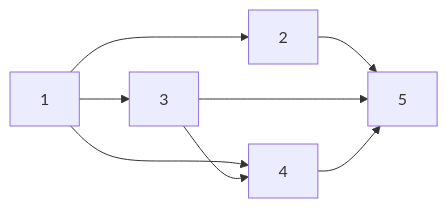
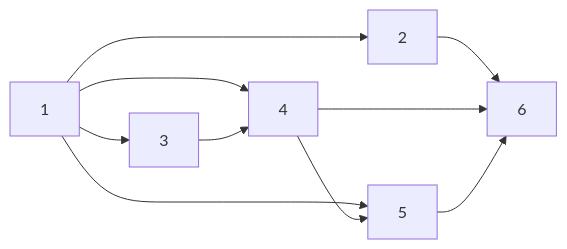
One commit to MadaraUchiha-314/the-loop changed the diagram in docs/specs/issue-21/tasks.md. Above: the diagram before and after it, drawn with Mermaid. The commit also changed other lines of this file and 9 other files, not shown here.

````diff
--- a/docs/specs/issue-21/tasks.md
+++ b/docs/specs/issue-21/tasks.md
@@ -60,10 +68,12 @@
 ```mermaid
 graph LR
   1 --> 2
   1 --> 3
   1 --> 4
   3 --> 4
-  2 --> 5
-  3 --> 5
+  1 --> 5
   4 --> 5
+  2 --> 6
+  4 --> 6
+  5 --> 6
 ```
````
